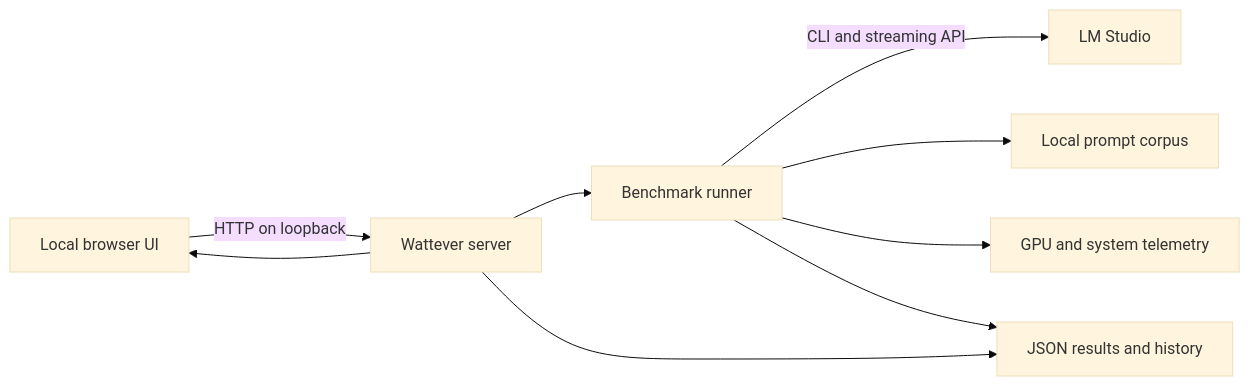
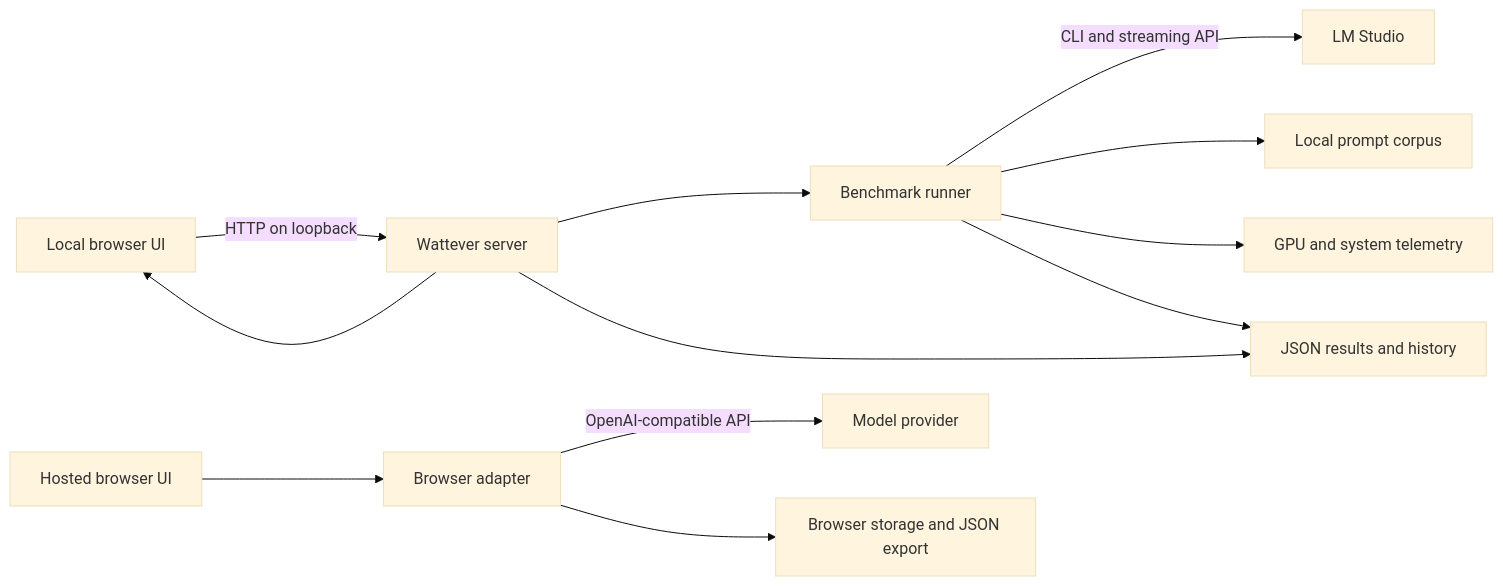
Before and after one commit to lpalbou/Wattever: the diagram in docs/architecture.md, drawn with Mermaid (base theme). The commit also changed other lines of this file and 31 other files, not shown here.

````diff
--- a/docs/architecture.md
+++ b/docs/architecture.md
@@ -3,11 +3,14 @@
 ```mermaid
 flowchart LR
     UI[Local browser UI] -->|HTTP on loopback| Server[Wattever server]
     Server --> Runner[Benchmark runner]
     Runner -->|CLI and streaming API| LMS[LM Studio]
     Runner --> Corpus[Local prompt corpus]
     Runner --> Sensors[GPU and system telemetry]
     Runner --> Store[JSON results and history]
     Server --> Store
     Server --> UI
+    Hosted[Hosted browser UI] --> Adapter[Browser adapter]
+    Adapter -->|OpenAI-compatible API| Provider[Model provider]
+    Adapter --> BrowserStore[Browser storage and JSON export]
 ```
````
